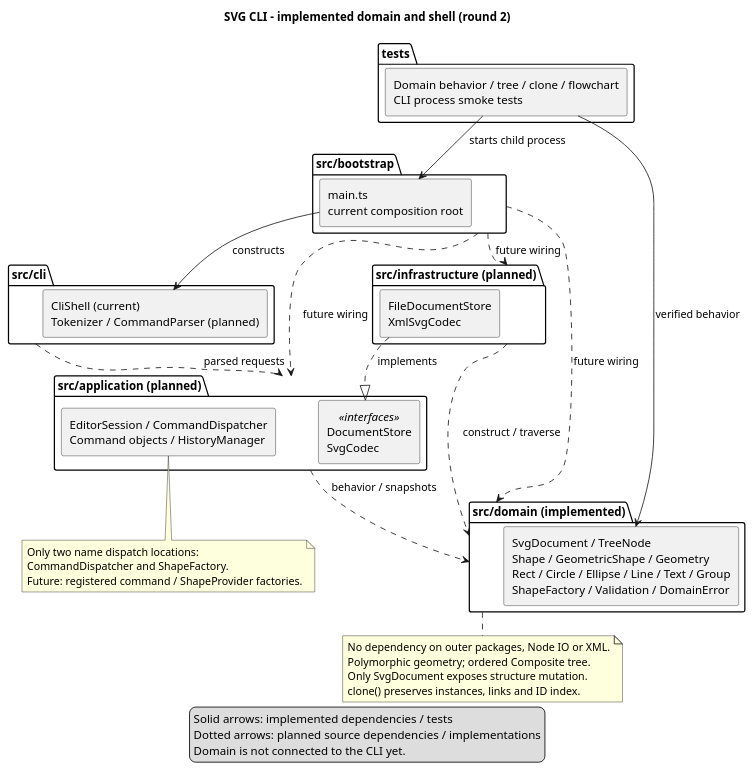
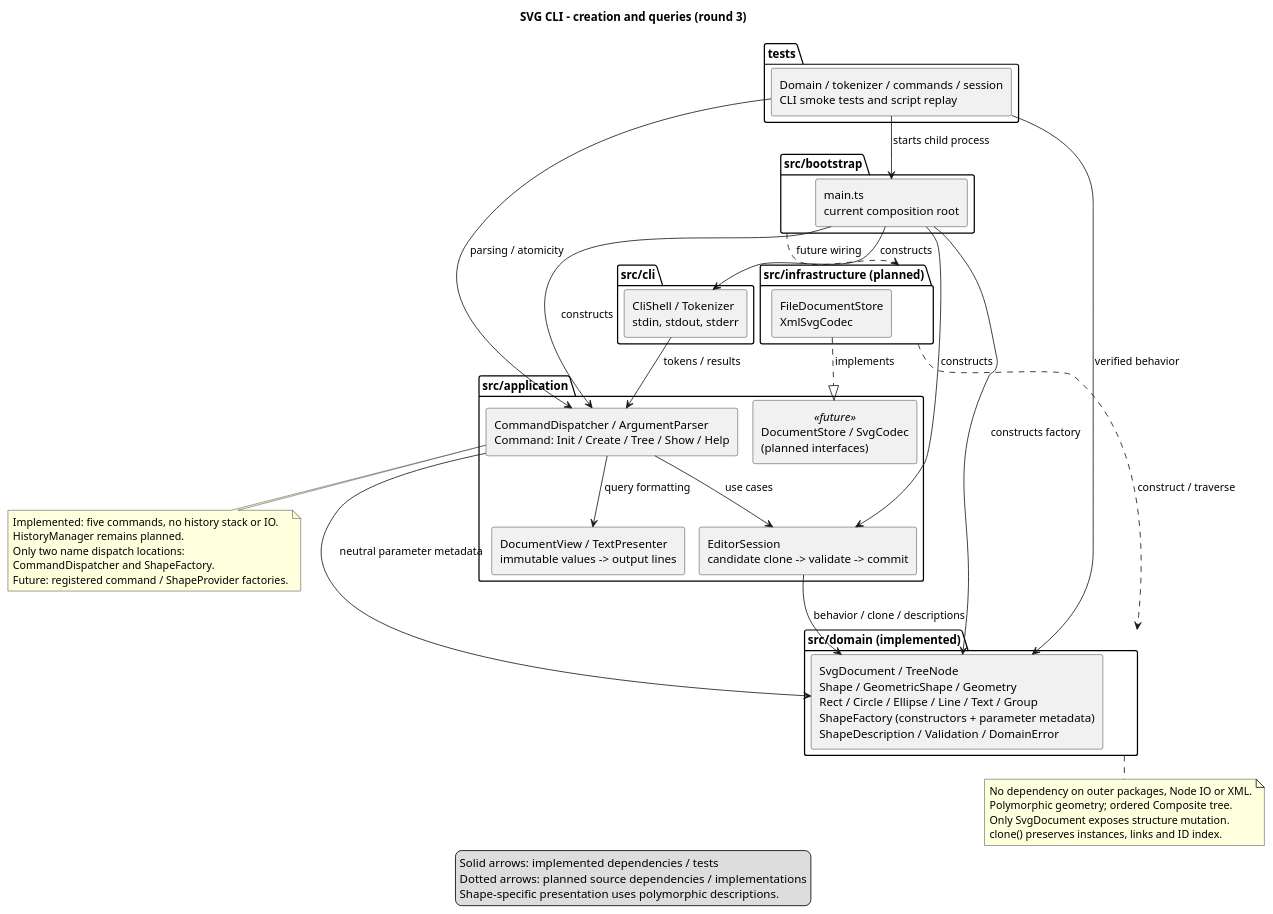
One commit to arcflute/svg-editor-cli changed the diagram in doc/architecture.puml. Above: the diagram before and after it, drawn with PlantUML. The commit also changed 38 other files, not shown here.

Commit message:
feat: add command-driven SVG creation and queries

```diff
--- a/doc/architecture.puml
+++ b/doc/architecture.puml
@@ -1,54 +1,63 @@
 @startuml
 !pragma layout smetana
-title SVG CLI - implemented domain and shell (round 2)
+title SVG CLI - creation and queries (round 3)
 skinparam componentStyle rectangle
 skinparam shadowing false
 
 package "src/bootstrap" as Bootstrap {
   component "main.ts\ncurrent composition root" as Main
 }
 package "src/cli" as CLI {
-  component "CliShell (current)\nTokenizer / CommandParser (planned)" as Shell
+  component "CliShell / Tokenizer\nstdin, stdout, stderr" as Shell
 }
-package "src/application (planned)" as Application {
-  component "EditorSession / CommandDispatcher\nCommand objects / HistoryManager" as Commands
-  component "DocumentStore\nSvgCodec" as Ports <<interfaces>>
+package "src/application" as Application {
+  component "CommandDispatcher / ArgumentParser\nCommand: Init / Create / Tree / Show / Help" as Commands
+  component "EditorSession\ncandidate clone -> validate -> commit" as Session
+  component "DocumentView / TextPresenter\nimmutable values -> output lines" as Presentation
+  component "DocumentStore / SvgCodec\n(planned interfaces)" as Ports <<future>>
 }
 package "src/domain (implemented)" as Domain {
-  component "SvgDocument / TreeNode\nShape / GeometricShape / Geometry\nRect / Circle / Ellipse / Line / Text / Group\nShapeFactory / Validation / DomainError" as Model
+  component "SvgDocument / TreeNode\nShape / GeometricShape / Geometry\nRect / Circle / Ellipse / Line / Text / Group\nShapeFactory (constructors + parameter metadata)\nShapeDescription / Validation / DomainError" as Model
 }
 package "src/infrastructure (planned)" as Infrastructure {
   component "FileDocumentStore\nXmlSvgCodec" as Adapters
 }
 package "tests" as Tests {
-  component "Domain behavior / tree / clone / flowchart\nCLI process smoke tests" as Checks
+  component "Domain / tokenizer / commands / session\nCLI smoke tests and script replay" as Checks
 }
 
 Main --> Shell : constructs
-Bootstrap ..> Application : future wiring
+Main --> Commands : constructs
+Main --> Session : constructs
+Main --> Model : constructs factory
 Bootstrap ..> Infrastructure : future wiring
-Bootstrap ..> Domain : future wiring
-CLI ..> Application : parsed requests
-Application ..> Domain : behavior / snapshots
+Shell --> Commands : tokens / results
+Commands --> Session : use cases
+Commands --> Presentation : query formatting
+Session --> Model : behavior / clone / descriptions
+Commands --> Model : neutral parameter metadata
 Adapters ..|> Ports : implements
 Infrastructure ..> Domain : construct / traverse
 Checks --> Model : verified behavior
+Checks --> Commands : parsing / atomicity
 Checks --> Main : starts child process
 
 note bottom of Domain
   No dependency on outer packages, Node IO or XML.
   Polymorphic geometry; ordered Composite tree.
   Only SvgDocument exposes structure mutation.
   clone() preserves instances, links and ID index.
 end note
 note bottom of Commands
+  Implemented: five commands, no history stack or IO.
+  HistoryManager remains planned.
   Only two name dispatch locations:
   CommandDispatcher and ShapeFactory.
   Future: registered command / ShapeProvider factories.
 end note
 legend bottom
   Solid arrows: implemented dependencies / tests
   Dotted arrows: planned source dependencies / implementations
-  Domain is not connected to the CLI yet.
+  Shape-specific presentation uses polymorphic descriptions.
 endlegend
 @enduml
```
